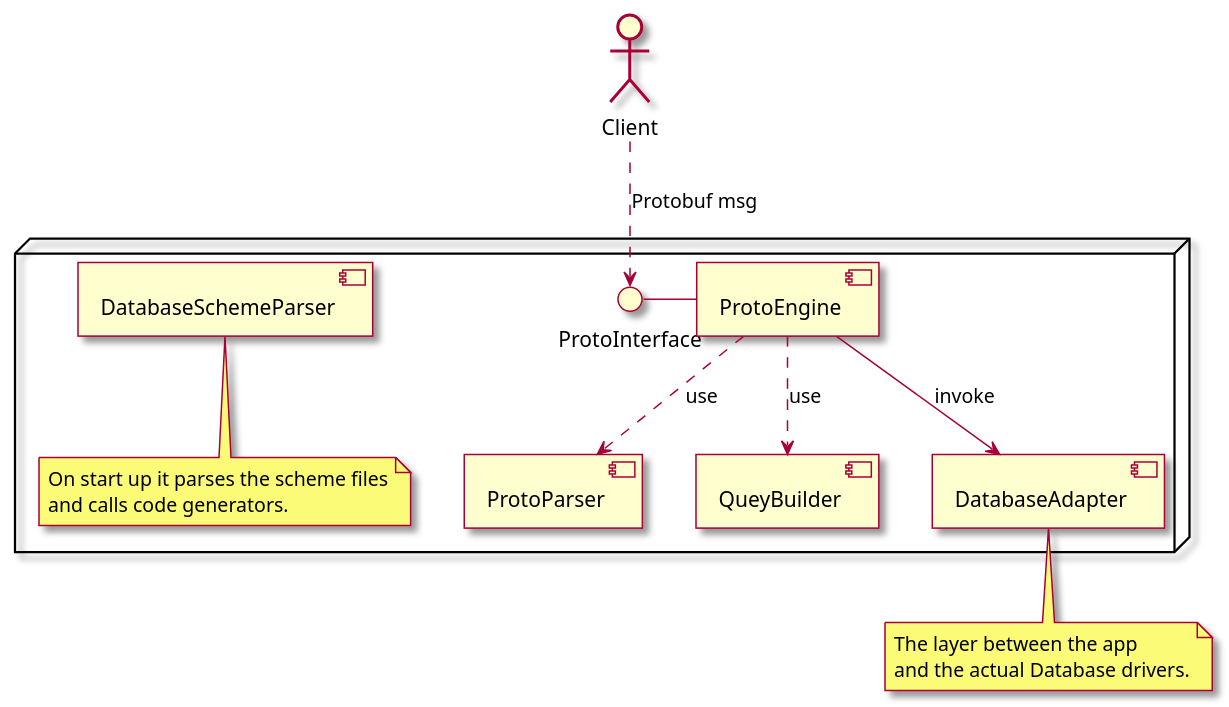
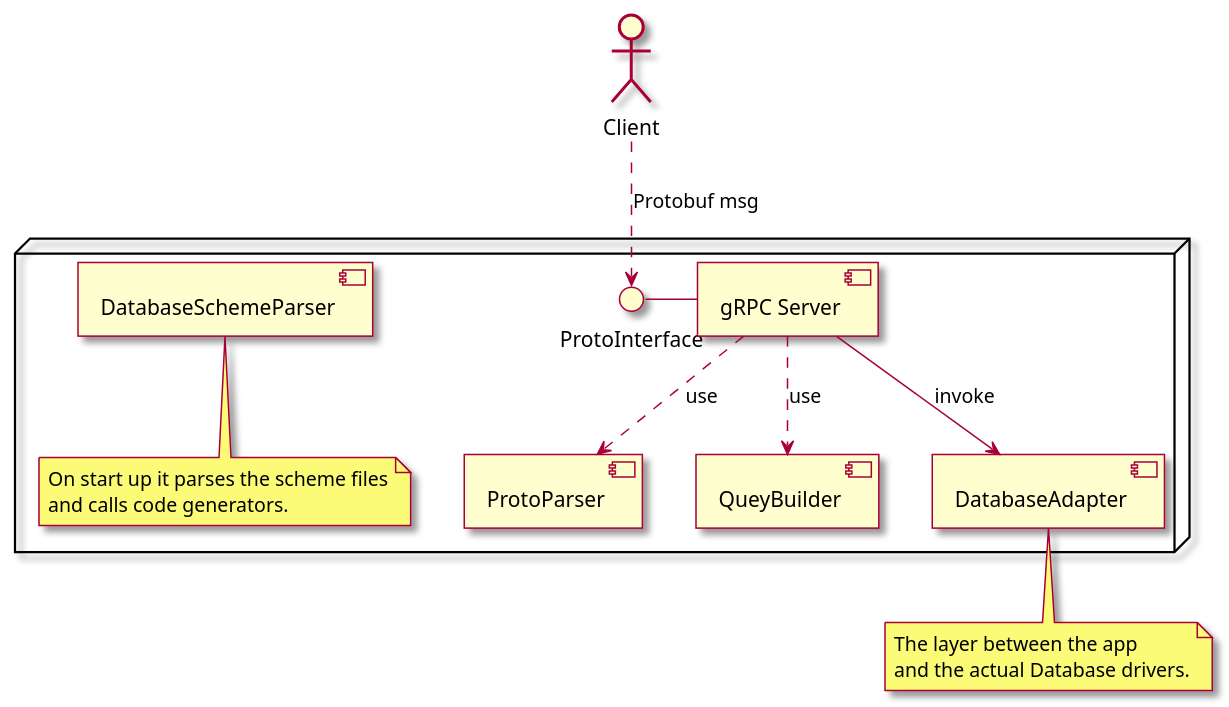
Before and after one commit to nalevi/effective-broccoli: the diagram in doc/component_diagram.puml, drawn with PlantUML. The commit also changed 8 other files, not shown here.

```diff
--- a/doc/component_diagram.puml
+++ b/doc/component_diagram.puml
@@ -1,31 +1,31 @@
 @startuml
 skin rose
 actor Client
 node {
   () "ProtoInterface" as iproto
   [ProtoParser] as parproto
   [QueyBuilder] as qb
-  [ProtoEngine] as pe
+  [gRPC Server] as pe
   [DatabaseAdapter] as dba
   [DatabaseSchemeParser] as dbsp
 
 note bottom of dbsp
   On start up it parses the scheme files
   and calls code generators.
 end note
 }
 Client ..> iproto : Protobuf msg
 
 pe ..> parproto : use
 iproto - pe
 
 pe --> dba : invoke
 
 pe ..> qb : use
 note bottom of dba
   The layer between the app
   and the actual Database drivers.
 end note
 
 
 @enduml
```
